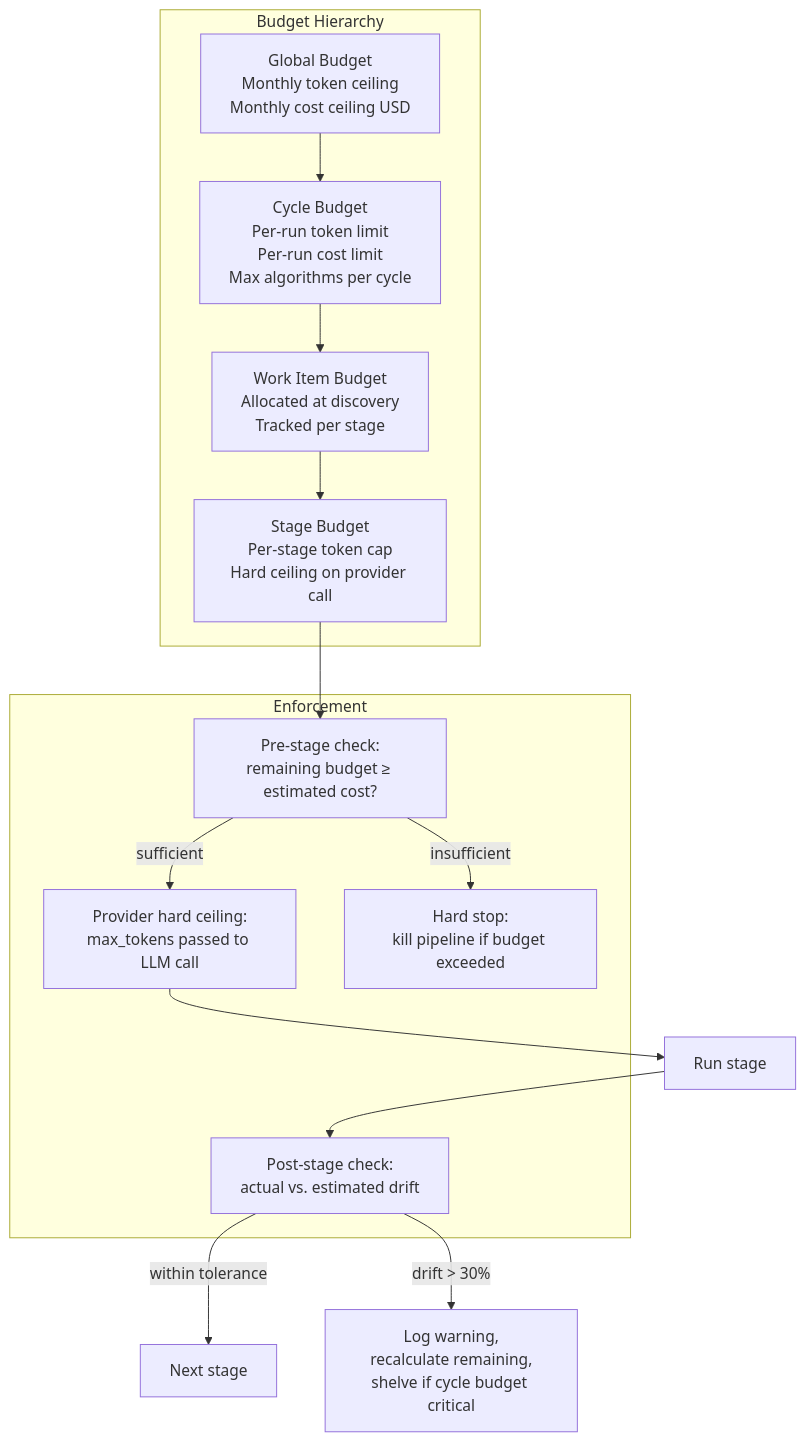
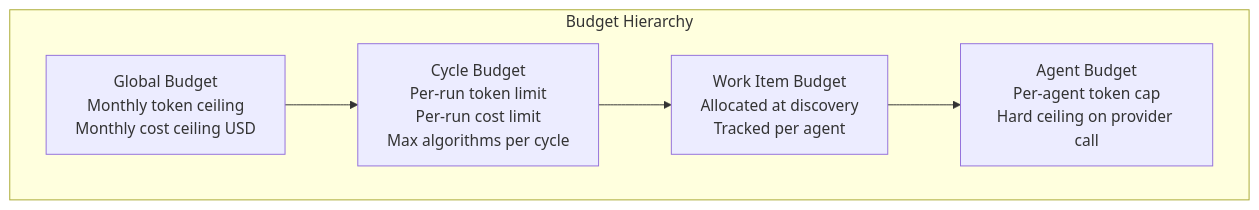
Before and after one commit to no-magic-ai/apprentice: the fifth of 10 diagrams in docs/system-design.md, drawn with Mermaid. The commit also changed other lines of this file, not shown here.

First line of the commit message:
docs: update system design for multi-agent architecture

````diff
--- a/docs/system-design.md
+++ b/docs/system-design.md
@@ -417,26 +450,11 @@
 ```mermaid
 graph TB
     subgraph Budget Hierarchy
         Global[Global Budget<br/>Monthly token ceiling<br/>Monthly cost ceiling USD]
         Cycle[Cycle Budget<br/>Per-run token limit<br/>Per-run cost limit<br/>Max algorithms per cycle]
-        WorkItem[Work Item Budget<br/>Allocated at discovery<br/>Tracked per stage]
-        Stage[Stage Budget<br/>Per-stage token cap<br/>Hard ceiling on provider call]
+        WorkItem[Work Item Budget<br/>Allocated at discovery<br/>Tracked per agent]
+        Agent[Agent Budget<br/>Per-agent token cap<br/>Hard ceiling on provider call]
     end
 
-    Global --> Cycle --> WorkItem --> Stage
-
-    subgraph Enforcement
-        PreCheck[Pre-stage check:<br/>remaining budget ≥ estimated cost?]
-        HardCeiling[Provider hard ceiling:<br/>max_tokens passed to LLM call]
-        PostCheck[Post-stage check:<br/>actual vs. estimated drift]
-        HardStop[Hard stop:<br/>kill pipeline if budget exceeded]
-    end
-
-    Stage --> PreCheck
-    PreCheck -->|sufficient| HardCeiling
-    HardCeiling --> Execute[Run stage]
-    PreCheck -->|insufficient| HardStop
-    Execute --> PostCheck
-    PostCheck -->|within tolerance| Continue[Next stage]
-    PostCheck -->|drift > 30%| Warn[Log warning,<br/>recalculate remaining,<br/>shelve if cycle budget critical]
+    Global --> Cycle --> WorkItem --> Agent
 ```
````
